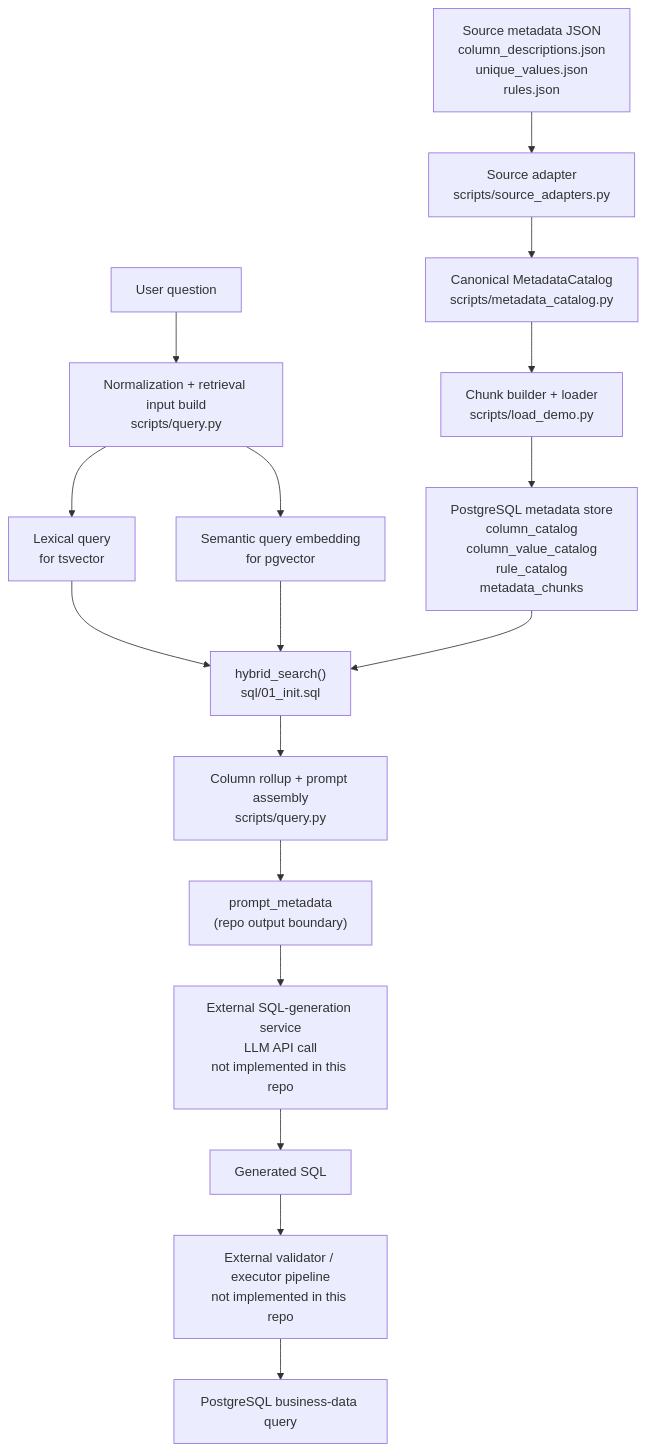
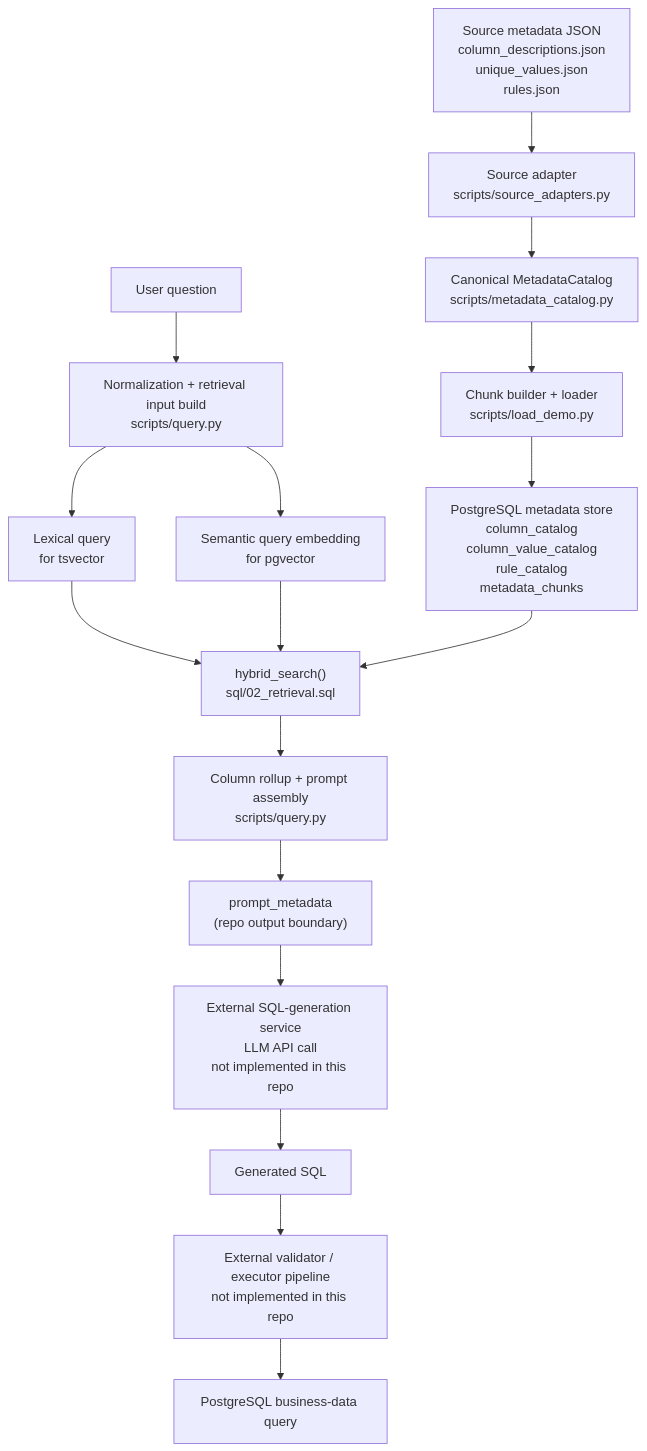
Before and after one commit to jyang297/PG_Injector: the diagram in docs/DATAFLOW.md, drawn with Mermaid. The commit also changed other lines of this file and 19 other files, not shown here.

````diff
--- a/docs/DATAFLOW.md
+++ b/docs/DATAFLOW.md
@@ -27,22 +27,22 @@
 ```mermaid
 flowchart TD
     A["Source metadata JSON\ncolumn_descriptions.json\nunique_values.json\nrules.json"] --> B["Source adapter\nscripts/source_adapters.py"]
     B --> C["Canonical MetadataCatalog\nscripts/metadata_catalog.py"]
     C --> D["Chunk builder + loader\nscripts/load_demo.py"]
     D --> E["PostgreSQL metadata store\ncolumn_catalog\ncolumn_value_catalog\nrule_catalog\nmetadata_chunks"]
 
     U["User question"] --> N["Normalization + retrieval input build\nscripts/query.py"]
     N --> L["Lexical query\nfor tsvector"]
     N --> S["Semantic query embedding\nfor pgvector"]
-    L --> H["hybrid_search()\nsql/01_init.sql"]
+    L --> H["hybrid_search()\nsql/02_retrieval.sql"]
     S --> H
     E --> H
 
     H --> R["Column rollup + prompt assembly\nscripts/query.py"]
     R --> P["prompt_metadata\n(repo output boundary)"]
 
     P --> X["External SQL-generation service\nLLM API call\nnot implemented in this repo"]
     X --> Y["Generated SQL"]
     Y --> Z["External validator / executor pipeline\nnot implemented in this repo"]
     Z --> Q["PostgreSQL business-data query"]
 ```
````
